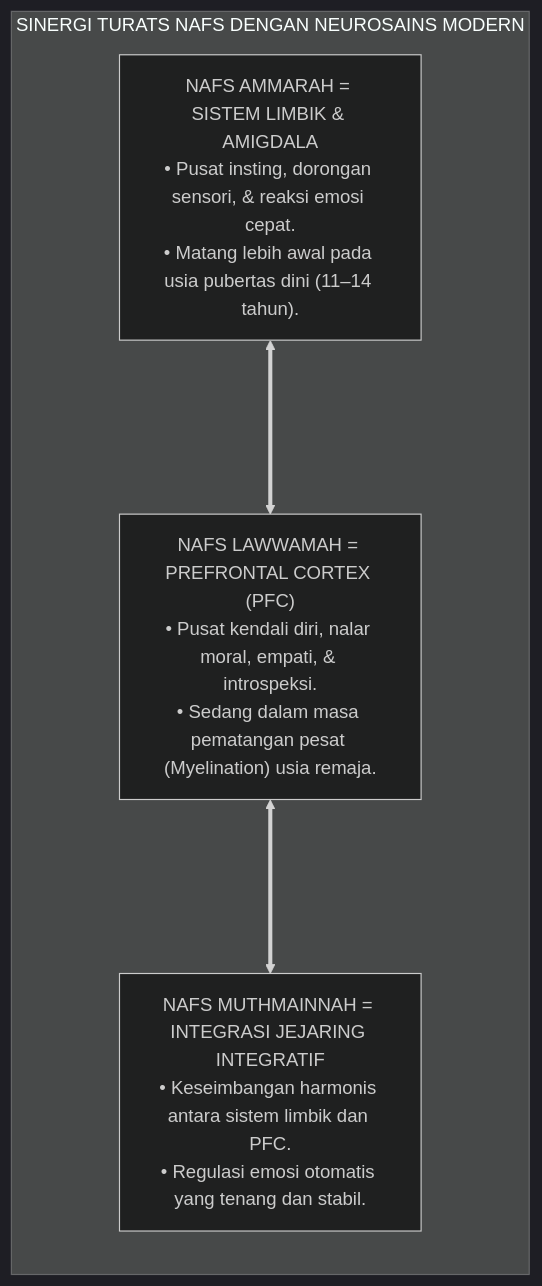
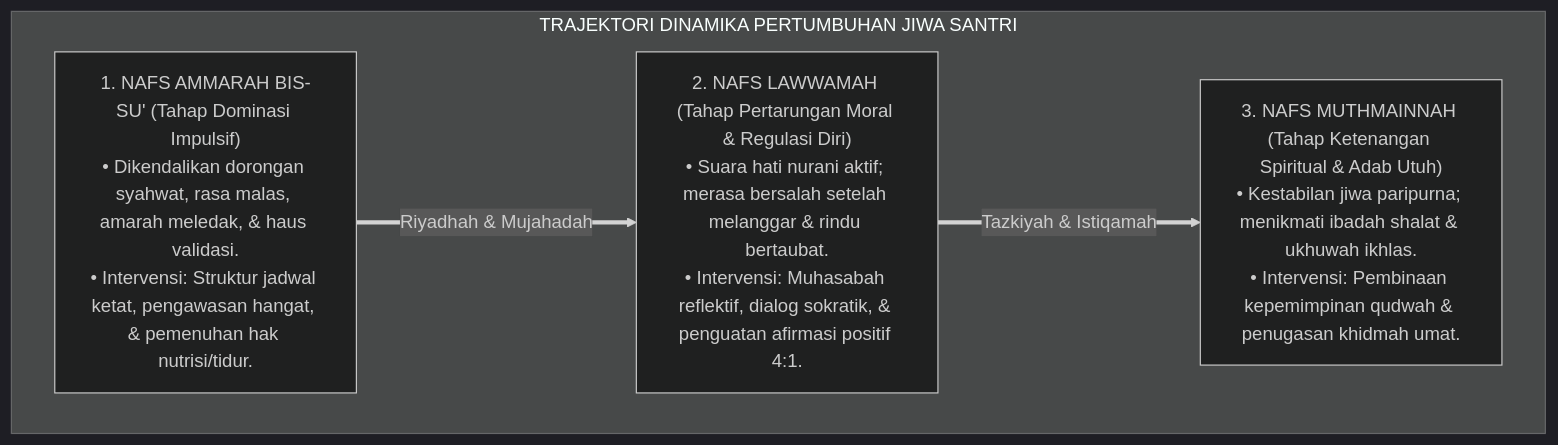
The second of 5 diagrams in 01 Philosophy/02 Human Nature/P1-02-05-Dinamika-Nafs-Ammarah-Lawwamah-Muthmainnah.md (wandiapriliyandi/tumbuh), drawn with Mermaid (dark theme) before and after one commit. The commit also changed other lines of this file and 6 other files, not shown here.

````diff
--- a/01 Philosophy/02 Human Nature/P1-02-05-Dinamika-Nafs-Ammarah-Lawwamah-Muthmainnah.md
+++ b/01 Philosophy/02 Human Nature/P1-02-05-Dinamika-Nafs-Ammarah-Lawwamah-Muthmainnah.md
@@ -113,12 +122,13 @@
 ```mermaid
-graph LR
-    subgraph SinergiTuratsDanNeurosainsNafs["SINERGI TURATS NAFS DENGAN NEUROSAINS MODERN"]
-        Ammarah_Bio["NAFS AMMARAH = SISTEM LIMBIK & AMIGDALA<br/>• Pusat insting, dorongan sensori, & reaksi emosi cepat.<br/>• Matang lebih awal pada usia pubertas dini (11–14 tahun)."]
+flowchart TD
+    subgraph TrajektoriTransformasiNafs["TRAJEKTORI DINAMIKA PERTUMBUHAN JIWA SANTRI"]
         
-        Lawwamah_Bio["NAFS LAWWAMAH = PREFRONTAL CORTEX (PFC)<br/>• Pusat kendali diri, nalar moral, empati, & introspeksi.<br/>• Sedang dalam masa pematangan pesat (Myelination) usia remaja."]
+        N1["1. NAFS AMMARAH BIS-SU' (Tahap Dominasi Impulsif)<br/>• Dikendalikan dorongan syahwat, rasa malas, amarah meledak, & haus validasi.<br/>• Intervensi: Struktur jadwal ketat, pengawasan hangat, & pemenuhan hak nutrisi/tidur."]
         
-        Muthmainnah_Bio["NAFS MUTHMAINNAH = INTEGRASI JEJARING INTEGRATIF<br/>• Keseimbangan harmonis antara sistem limbik dan PFC.<br/>• Regulasi emosi otomatis yang tenang dan stabil."]
+        N2["2. NAFS LAWWAMAH (Tahap Pertarungan Moral & Regulasi Diri)<br/>• Suara hati nurani aktif; merasa bersalah setelah melanggar & rindu bertaubat.<br/>• Intervensi: Muhasabah reflektif, dialog sokratik, & penguatan afirmasi positif 4:1."]
         
-        Ammarah_Bio <===> Lawwamah_Bio <===> Muthmainnah_Bio
+        N3["3. NAFS MUTHMAINNAH (Tahap Ketenangan Spiritual & Adab Utuh)<br/>• Kestabilan jiwa paripurna; menikmati ibadah shalat & ukhuwah ikhlas.<br/>• Intervensi: Pembinaan kepemimpinan qudwah & penugasan khidmah umat."]
+        
+        N1 ==>|Riyadhah & Mujahadah| N2 ==>|Tazkiyah & Istiqamah| N3
     end
 ```
````
